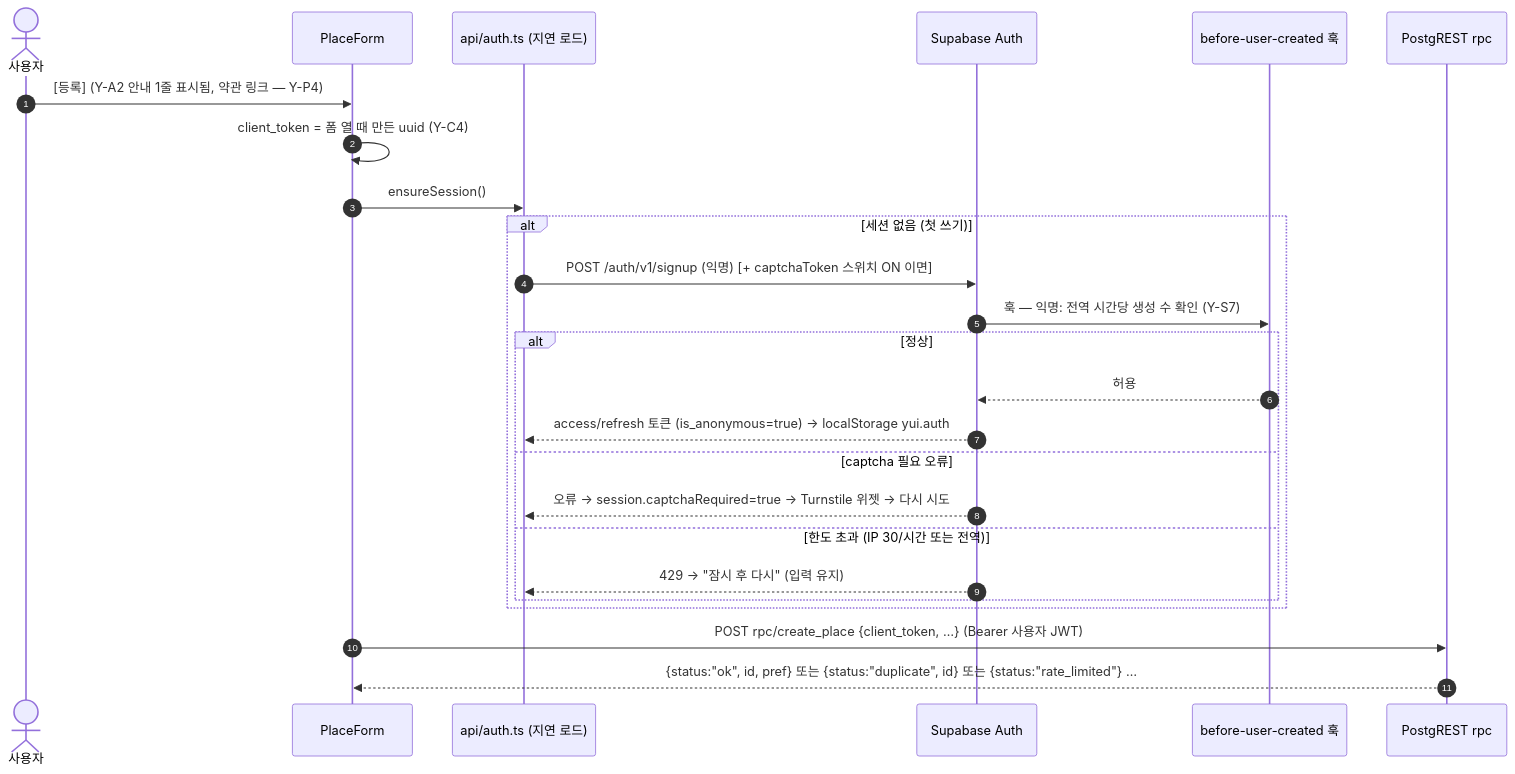
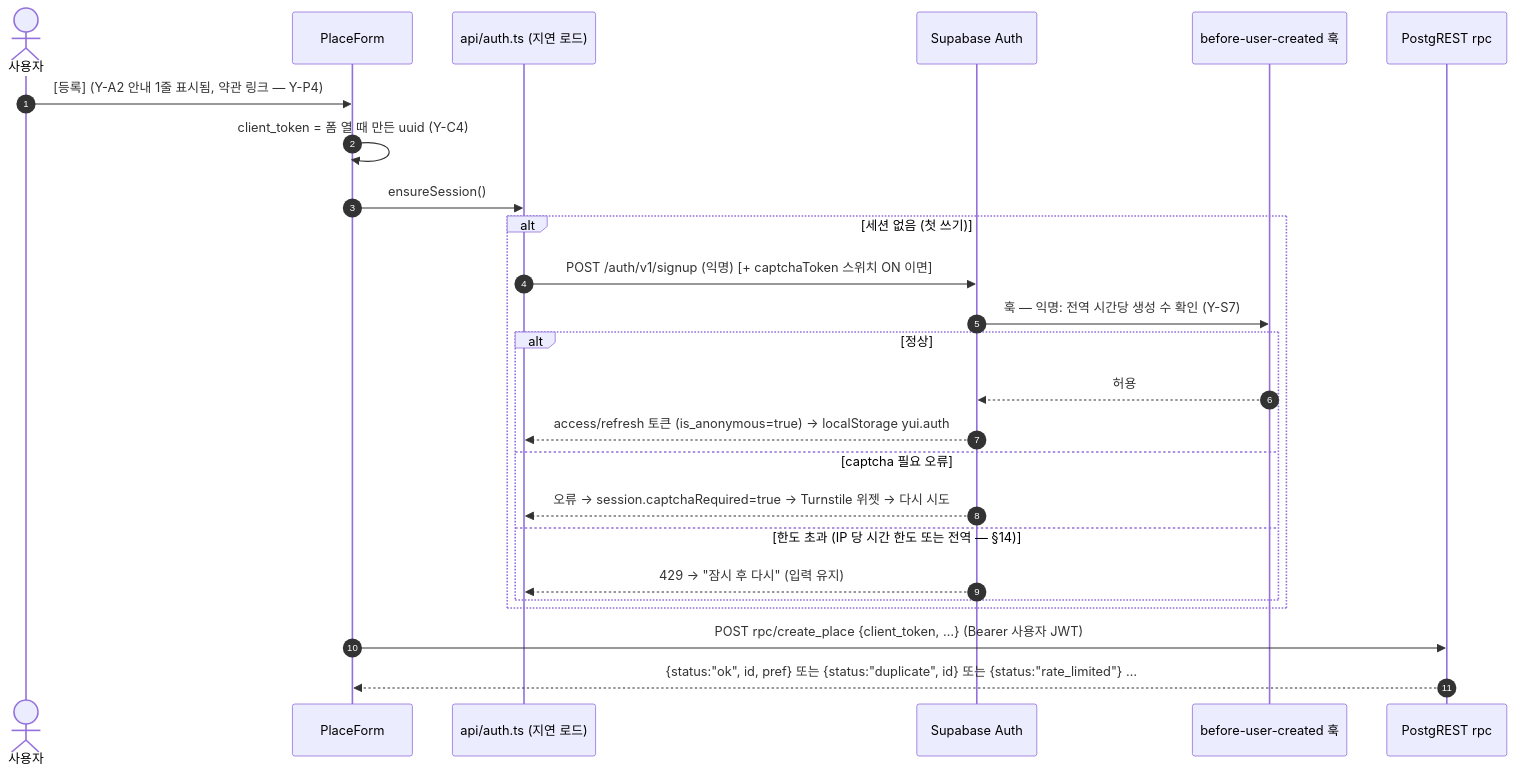
One commit to underthesun7213/yui-board changed the sixth of 9 diagrams in docs/architecture/rfc/0003-yunabi-v2.md. Above: the diagram before and after it, drawn with Mermaid. The commit also changed other lines of this file and 10 other files, not shown here.

````diff
--- a/docs/architecture/rfc/0003-yunabi-v2.md
+++ b/docs/architecture/rfc/0003-yunabi-v2.md
@@ -438,27 +443,27 @@
 ```mermaid
 sequenceDiagram
   autonumber
   actor U as 사용자
   participant F as PlaceForm
   participant A as api/auth.ts (지연 로드)
   participant GA as Supabase Auth
   participant H as before-user-created 훅
   participant P as PostgREST rpc
   U->>F: [등록] (Y-A2 안내 1줄 표시됨, 약관 링크 — Y-P4)
   F->>F: client_token = 폼 열 때 만든 uuid (Y-C4)
   F->>A: ensureSession()
   alt 세션 없음 (첫 쓰기)
     A->>GA: POST /auth/v1/signup (익명) [+ captchaToken 스위치 ON 이면]
     GA->>H: 훅 — 익명: 전역 시간당 생성 수 확인 (Y-S7)
     alt 정상
       H-->>GA: 허용
       GA-->>A: access/refresh 토큰 (is_anonymous=true) → localStorage yui.auth
     else captcha 필요 오류
       GA-->>A: 오류 → session.captchaRequired=true → Turnstile 위젯 → 다시 시도
-    else 한도 초과 (IP 30/시간 또는 전역)
+    else 한도 초과 (IP 당 시간 한도 또는 전역 — §14)
       GA-->>A: 429 → "잠시 후 다시" (입력 유지)
     end
   end
   F->>P: POST rpc/create_place {client_token, …} (Bearer 사용자 JWT)
   P-->>F: {status:"ok", id, pref} 또는 {status:"duplicate", id} 또는 {status:"rate_limited"} …
 ```
````
